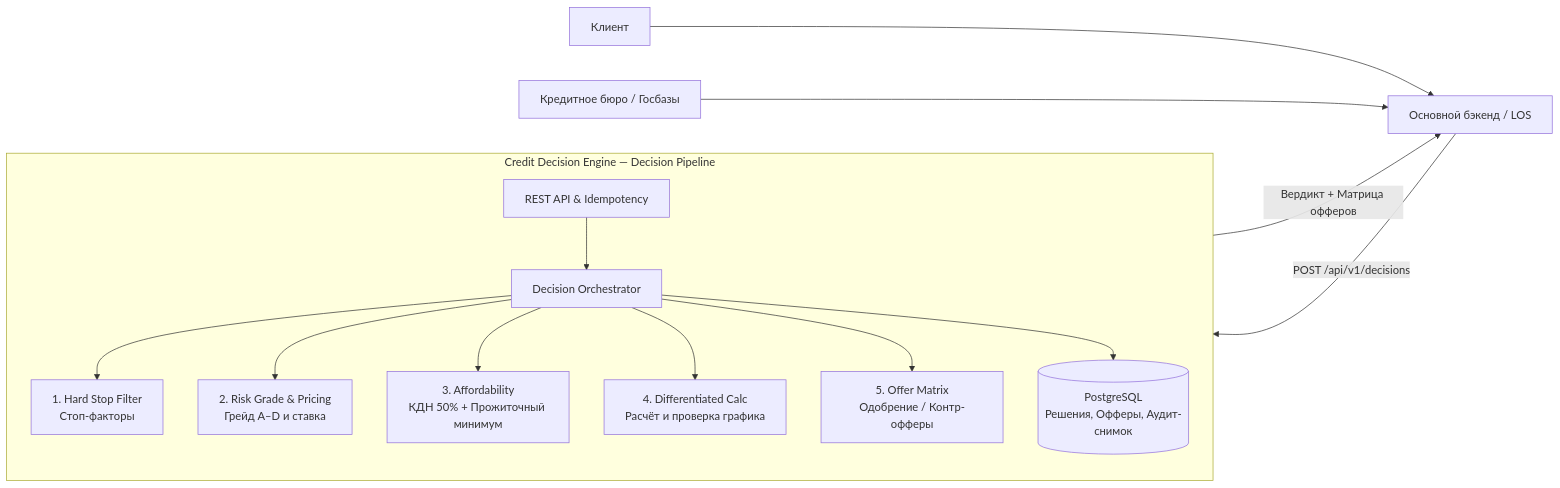
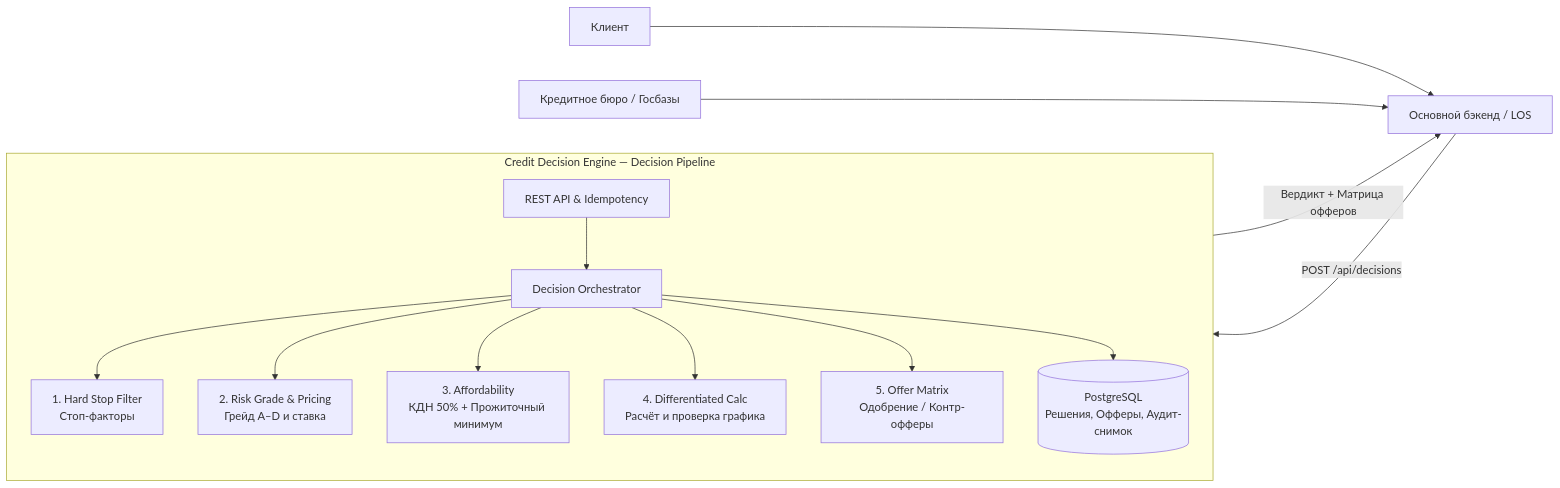
One commit to HubertFisher/credit-decision-platform changed the diagram in docs/design.md. Above: the diagram before and after it, drawn with Mermaid. The commit also changed other lines of this file and 20 other files, not shown here.

````diff
--- a/docs/design.md
+++ b/docs/design.md
@@ -23,16 +23,16 @@
 ```mermaid
 flowchart LR
   Client[Клиент] --> LOS[Основной бэкенд / LOS]
   BKI[Кредитное бюро / Госбазы] --> LOS
-  LOS -->|POST /api/v1/decisions| CDE[Credit Decision Engine]
+  LOS -->|POST /api/decisions| CDE[Credit Decision Engine]
   subgraph CDE [Credit Decision Engine — Decision Pipeline]
     API[REST API & Idempotency] --> Orchestrator[Decision Orchestrator]
     Orchestrator --> S1[1. Hard Stop Filter\nСтоп-факторы]
     Orchestrator --> S2[2. Risk Grade & Pricing\nГрейд A–D и ставка]
     Orchestrator --> S3[3. Affordability\nКДН 50% + Прожиточный минимум]
     Orchestrator --> S4[4. Differentiated Calc\nРасчёт и проверка графика]
     Orchestrator --> S5[5. Offer Matrix\nОдобрение / Контр-офферы]
     Orchestrator --> DB[(PostgreSQL\nРешения, Офферы, Аудит-снимок)]
   end
   CDE -->|Вердикт + Матрица офферов| LOS
 ```
````
